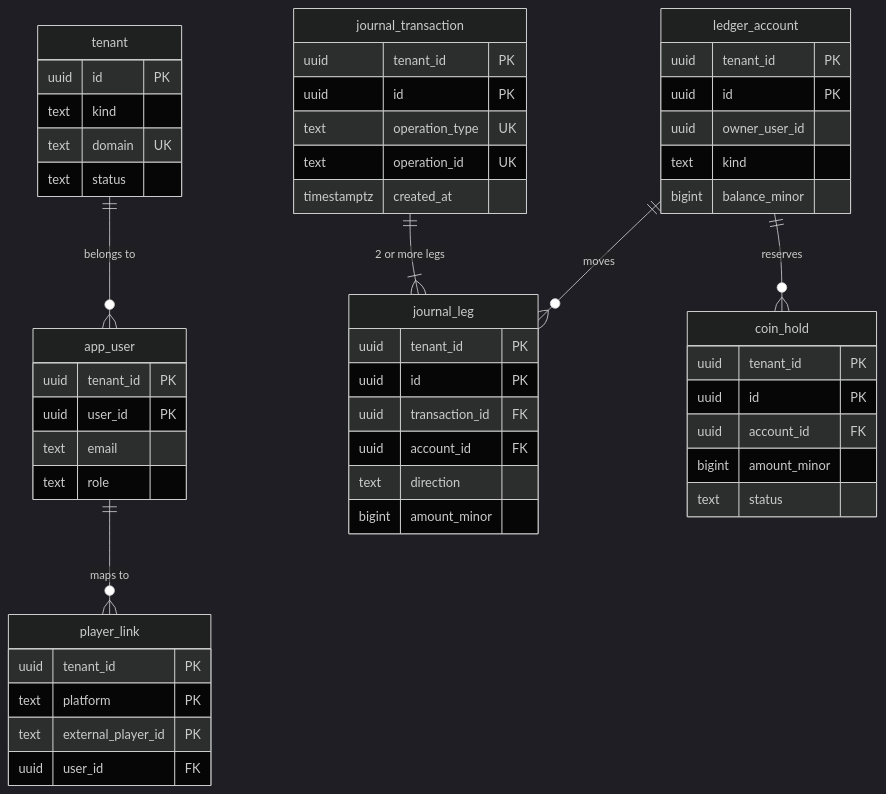
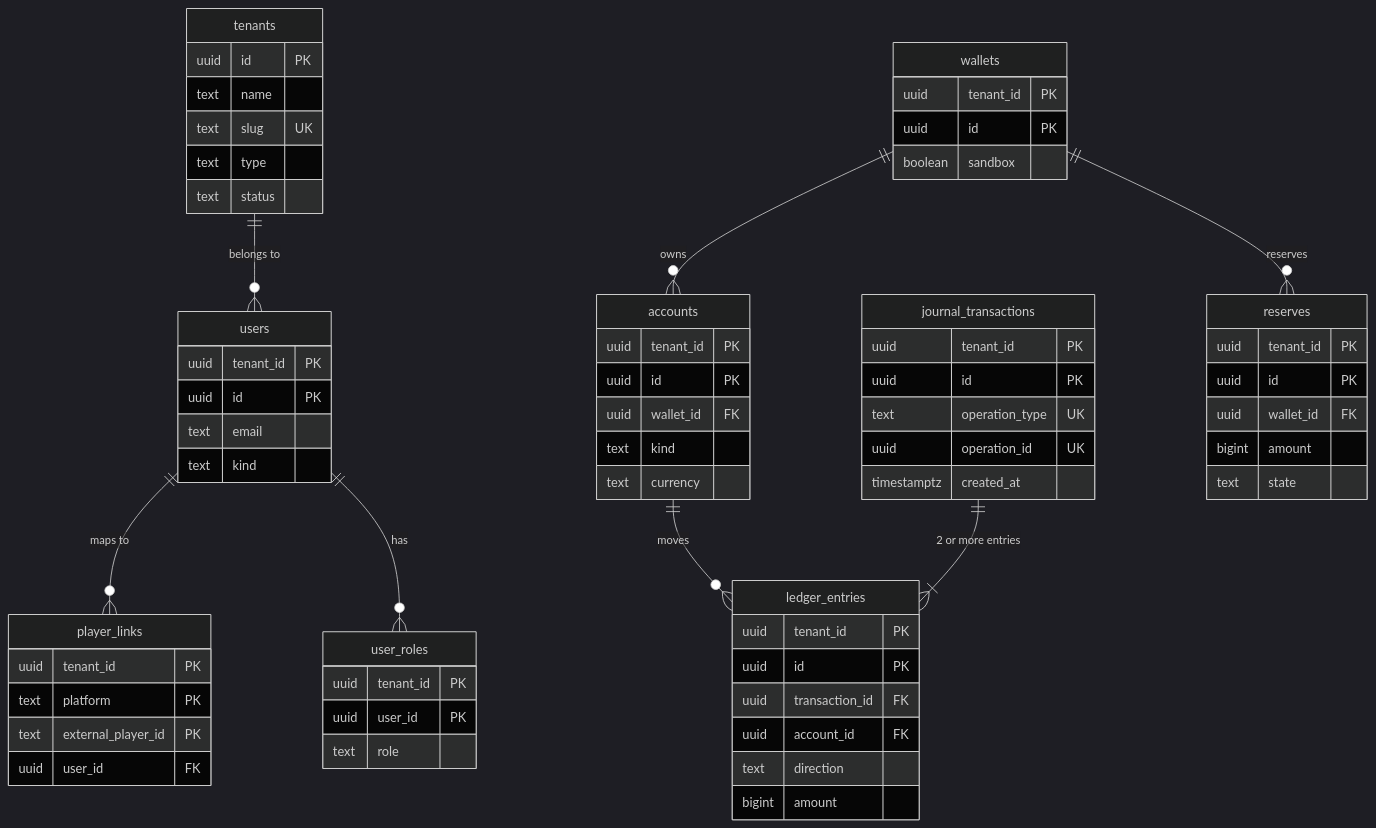
The fourth of 5 diagrams in docs/architecture/README.md (maxml/ex-mio-games), drawn with Mermaid (dark theme) before and after one commit. The commit also changed other lines of this file and 26 other files, not shown here.

First line of the commit message:
docs: reconcile architecture, ADRs, Part C/D/E and README with the integrated code

````diff
--- a/docs/architecture/README.md
+++ b/docs/architecture/README.md
@@ -120,56 +124,69 @@
 ```mermaid
 erDiagram
-  tenant ||--o{ app_user : "belongs to"
-  app_user ||--o{ player_link : "maps to"
-  ledger_account ||--o{ journal_leg : moves
-  journal_transaction ||--|{ journal_leg : "2 or more legs"
-  ledger_account ||--o{ coin_hold : reserves
+  tenants ||--o{ users : "belongs to"
+  users ||--o{ player_links : "maps to"
+  users ||--o{ user_roles : has
+  accounts ||--o{ ledger_entries : moves
+  journal_transactions ||--|{ ledger_entries : "2 or more entries"
+  wallets ||--o{ accounts : owns
+  wallets ||--o{ reserves : reserves
 
-  tenant {
+  tenants {
     uuid id PK
-    text kind
-    text domain UK
+    text name
+    text slug UK
+    text type
     text status
   }
-  app_user {
+  users {
+    uuid tenant_id PK
+    uuid id PK
+    text email
+    text kind
+  }
+  user_roles {
     uuid tenant_id PK
     uuid user_id PK
-    text email
     text role
   }
-  player_link {
+  player_links {
     uuid tenant_id PK
     text platform PK
     text external_player_id PK
     uuid user_id FK
   }
-  ledger_account {
+  wallets {
     uuid tenant_id PK
     uuid id PK
-    uuid owner_user_id
+    boolean sandbox
+  }
+  accounts {
+    uuid tenant_id PK
+    uuid id PK
+    uuid wallet_id FK
     text kind
-    bigint balance_minor
+    text currency
   }
-  journal_transaction {
+  journal_transactions {
     uuid tenant_id PK
     uuid id PK
     text operation_type UK
-    text operation_id UK
+    uuid operation_id UK
     timestamptz created_at
   }
-  journal_leg {
+  ledger_entries {
     uuid tenant_id PK
     uuid id PK
     uuid transaction_id FK
     uuid account_id FK
     text direction
-    bigint amount_minor
+    bigint amount
   }
-  coin_hold {
+  reserves {
     uuid tenant_id PK
     uuid id PK
-    uuid account_id FK
-    bigint amount_minor
-    text status
+    uuid wallet_id FK
+    bigint amount
+    text state
   }
 ```
````
